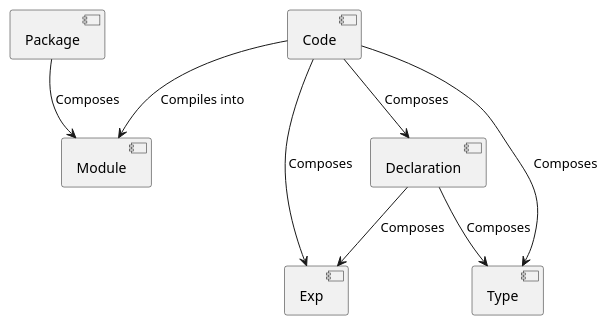
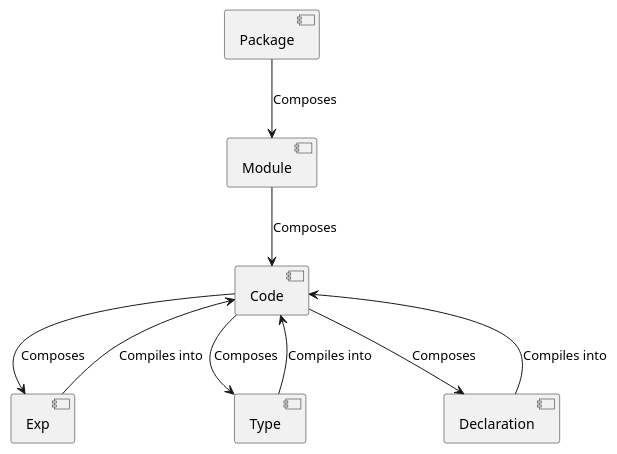
Before and after one commit to nikita-volkov/codegen-kit: the diagram in architecture/haskell.puml, drawn with PlantUML. The commit also changed 1 other file, not shown here.

Commit message:
Update architecture

```diff
--- a/architecture/haskell.puml
+++ b/architecture/haskell.puml
@@ -1,16 +1,17 @@
 
 
 component Package
 component Code
 component Exp
 component Type
 component Declaration
 component Module
 
 Package --> Module : Composes
-Code --> Module : Compiles into
+Module --> Code : Composes
+Exp --> Code : Compiles into
+Type --> Code : Compiles into
+Declaration --> Code : Compiles into
 Code --> Exp : Composes
 Code --> Type : Composes
 Code --> Declaration : Composes
-Declaration --> Exp : Composes
-Declaration --> Type : Composes
```
